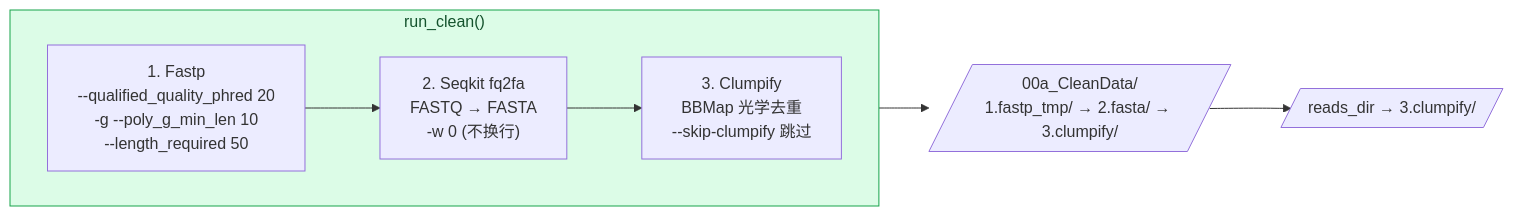
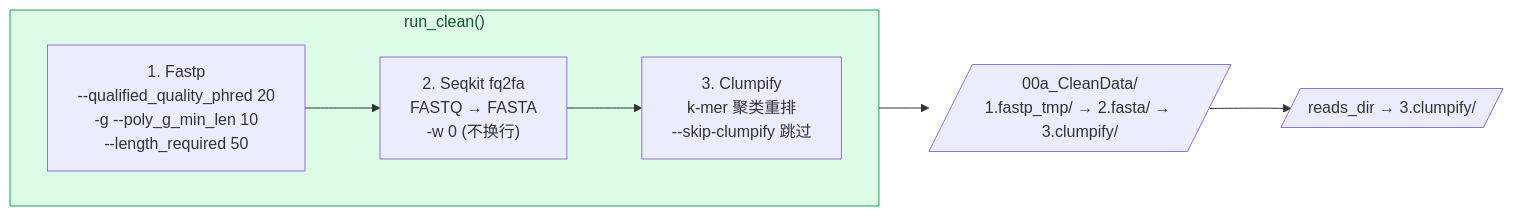
One commit to zhangwenda0518/MMPV-RNA changed the fourth of 14 diagrams in doc/14-pipeline-diagrams.md. Above: the diagram before and after it, drawn with Mermaid. The commit also changed other lines of this file and 1041 other files, not shown here.

````diff
--- a/doc/14-pipeline-diagrams.md
+++ b/doc/14-pipeline-diagrams.md
@@ -227,21 +227,21 @@
 ```mermaid
 flowchart LR
     accTitle: Clean 阶段内部流程
-    accDescr: clean-data.py 内部三步流水线 Fastp 质控 → Seqkit 转FASTA → Clumpify 去重
+    accDescr: clean-data.py 内部三步流水线 Fastp 质控 → Seqkit 转FASTA → Clumpify 聚类重排
 
     subgraph Clean["run_clean()"]
         direction LR
         A1["1. Fastp<br/>--qualified_quality_phred 20<br/>-g --poly_g_min_len 10<br/>--length_required 50"]
         A2["2. Seqkit fq2fa<br/>FASTQ → FASTA<br/>-w 0 (不换行)"]
-        A3["3. Clumpify<br/>BBMap 光学去重<br/>--skip-clumpify 跳过"]
+        A3["3. Clumpify<br/>k-mer 聚类重排<br/>--skip-clumpify 跳过"]
         A1 --> A2 --> A3
     end
 
     IN[/"00a_CleanData/<br/>1.fastp_tmp/ → 2.fasta/ → 3.clumpify/"/]
     OUT[/"reads_dir → 3.clumpify/"/]
 
     Clean --> IN --> OUT
 
     classDef clean fill:#dcfce7,stroke:#16a34a,color:#14532d
     class Clean clean
 ```
````
